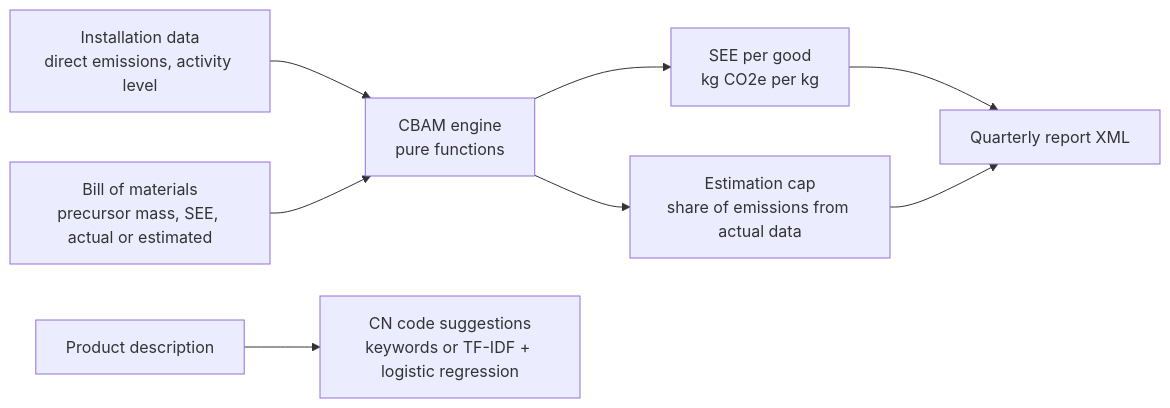
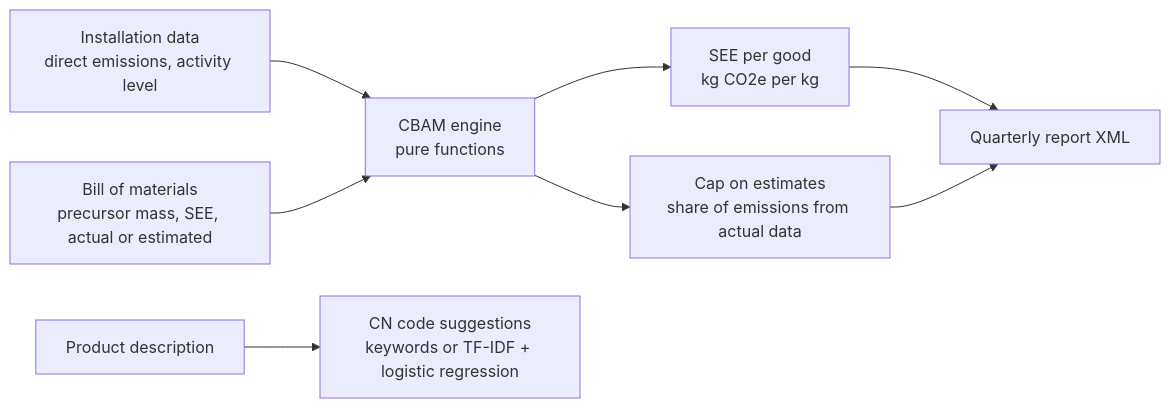
One commit to Pchambet/clearborder-cbam changed the diagram in README.md. Above: the diagram before and after it, drawn with Mermaid. The commit also changed other lines of this file and 3 other files, not shown here.

````diff
--- a/README.md
+++ b/README.md
@@ -46,10 +45,10 @@
 ```mermaid
 flowchart LR
     A[Installation data<br/>direct emissions, activity level] --> C[CBAM engine<br/>pure functions]
     B[Bill of materials<br/>precursor mass, SEE, actual or estimated] --> C
     C --> D[SEE per good<br/>kg CO2e per kg]
-    C --> E[Estimation cap<br/>share of emissions from actual data]
+    C --> E[Cap on estimates<br/>share of emissions from actual data]
     D --> F[Quarterly report XML]
     E --> F
     G[Product description] --> H[CN code suggestions<br/>keywords or TF-IDF + logistic regression]
 ```
````
